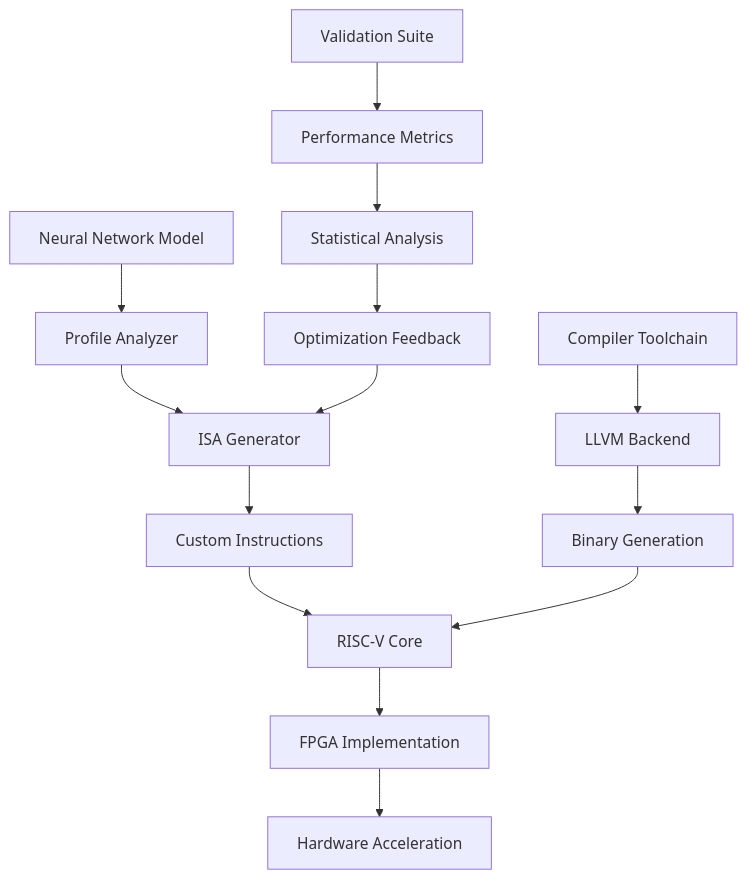
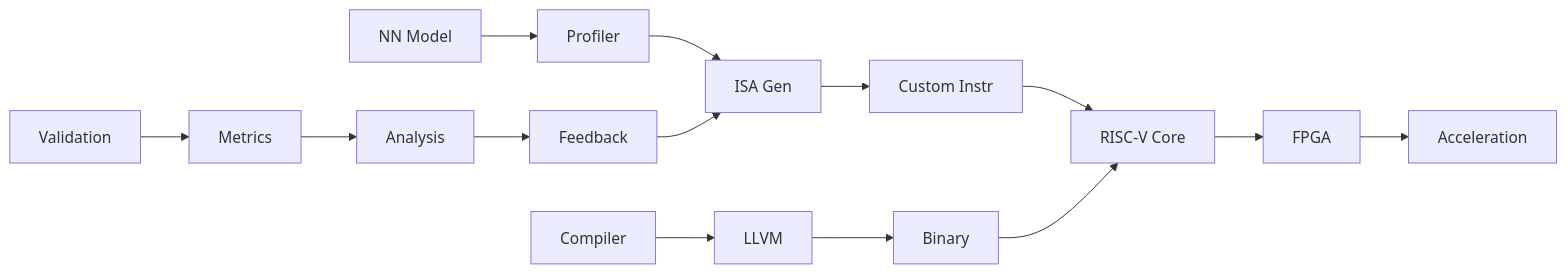
One commit to AryaP-1243/fpga-riscv-nn-extensions changed the diagram in README.md. Above: the diagram before and after it, drawn with Mermaid. The commit also changed other lines of this file, not shown here.

First line of the commit message:
Final README optimization for maximum readability

````diff
--- a/README.md
+++ b/README.md
@@ -73,18 +73,18 @@
 ```mermaid
-graph TB
-    A[Neural Network Model] --> B[Profile Analyzer]
-    B --> C[ISA Generator]
-    C --> D[Custom Instructions]
+graph LR
+    A[NN Model] --> B[Profiler]
+    B --> C[ISA Gen]
+    C --> D[Custom Instr]
     D --> E[RISC-V Core]
-    E --> F[FPGA Implementation]
-    F --> G[Hardware Acceleration]
+    E --> F[FPGA]
+    F --> G[Acceleration]
     
-    H[Compiler Toolchain] --> I[LLVM Backend]
-    I --> J[Binary Generation]
+    H[Compiler] --> I[LLVM]
+    I --> J[Binary]
     J --> E
     
-    K[Validation Suite] --> L[Performance Metrics]
-    L --> M[Statistical Analysis]
-    M --> N[Optimization Feedback]
+    K[Validation] --> L[Metrics]
+    L --> M[Analysis]
+    M --> N[Feedback]
     N --> C
 ```
````
